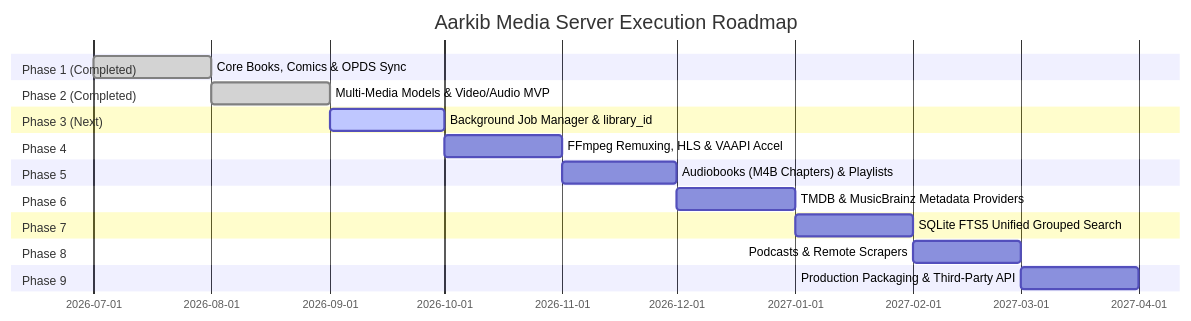
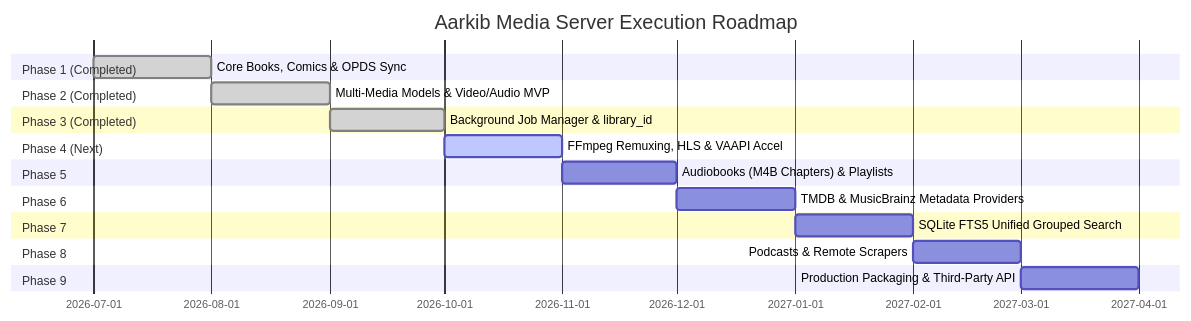
Before and after one commit to syfq91/aarkib: the sixth of 6 diagrams in media_server_execution_plan.md, drawn with Mermaid. The commit also changed other lines of this file and 11 other files, not shown here.

First line of the commit message:
feat: implement Phase 3 background job manager and relational refinements

````diff
--- a/media_server_execution_plan.md
+++ b/media_server_execution_plan.md
@@ -440,23 +440,23 @@
 ```mermaid
 gantt
     title Aarkib Media Server Execution Roadmap
     dateFormat  YYYY-MM
     section Phase 1 (Completed)
     Core Books, Comics & OPDS Sync       :done, p1, 2026-07, 2026-08
     section Phase 2 (Completed)
     Multi-Media Models & Video/Audio MVP :done, p2, 2026-08, 2026-09
-    section Phase 3 (Next)
-    Background Job Manager & library_id  :active, p3, 2026-09, 2026-10
-    section Phase 4
-    FFmpeg Remuxing, HLS & VAAPI Accel   :p4, 2026-10, 2026-11
+    section Phase 3 (Completed)
+    Background Job Manager & library_id  :done, p3, 2026-09, 2026-10
+    section Phase 4 (Next)
+    FFmpeg Remuxing, HLS & VAAPI Accel   :active, p4, 2026-10, 2026-11
     section Phase 5
     Audiobooks (M4B Chapters) & Playlists:p5, 2026-11, 2026-12
     section Phase 6
     TMDB & MusicBrainz Metadata Providers:p6, 2026-12, 2027-01
     section Phase 7
     SQLite FTS5 Unified Grouped Search   :p7, 2027-01, 2027-02
     section Phase 8
     Podcasts & Remote Scrapers           :p8, 2027-02, 2027-03
     section Phase 9
     Production Packaging & Third-Party API:p9, 2027-03, 2027-04
 ```
````
